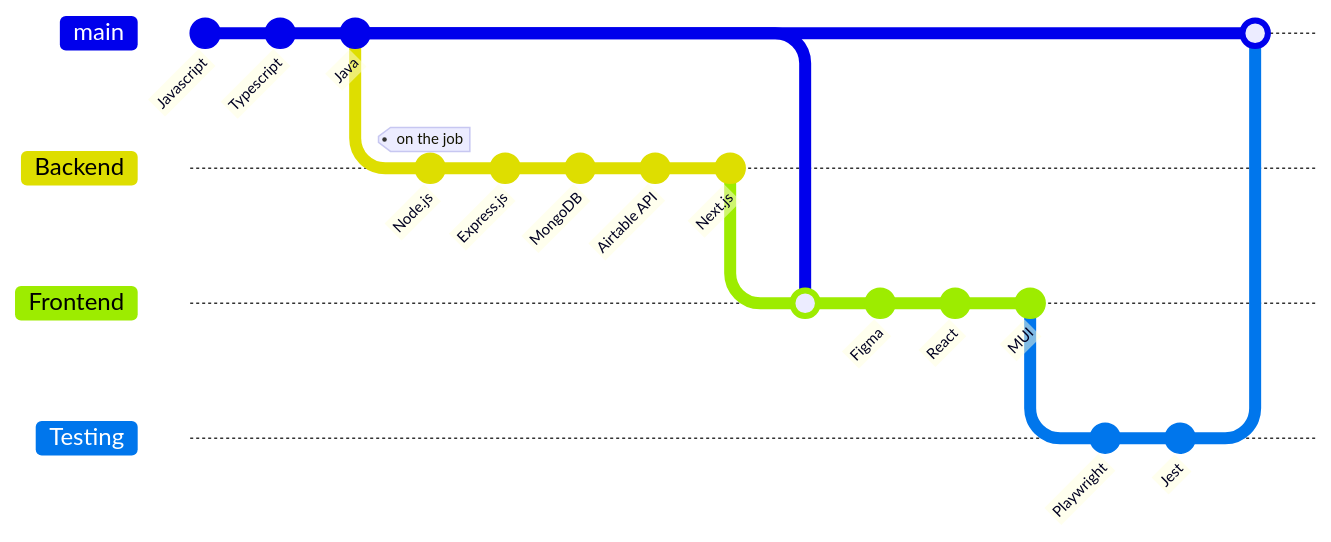
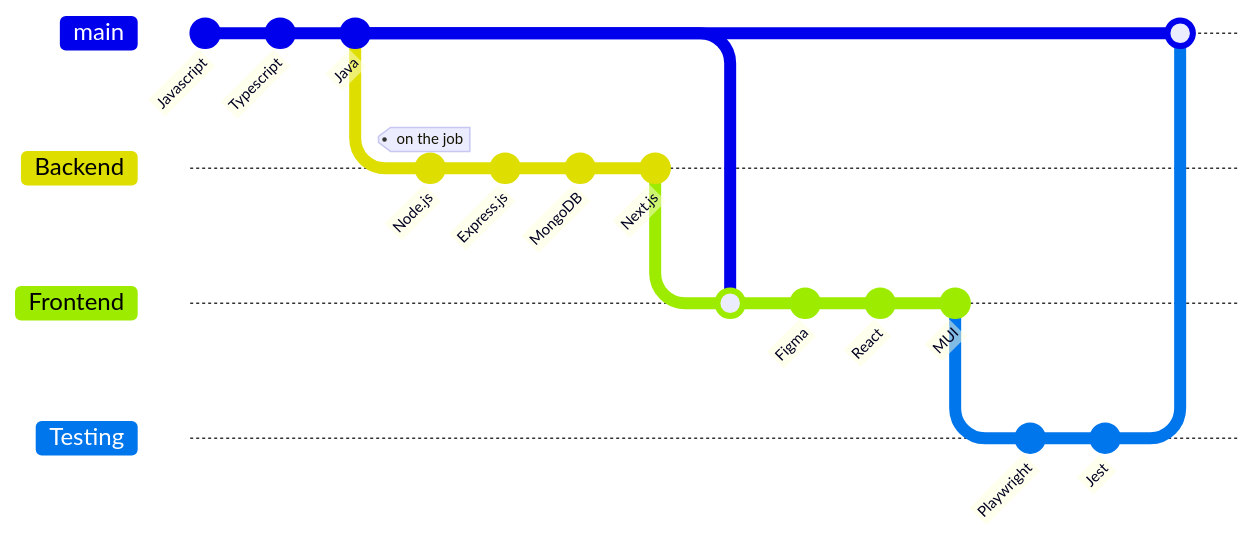
Before and after one commit to alejandroo-pc/alejandroo-pc: the diagram in README.md, drawn with Mermaid.

````diff
--- a/README.md
+++ b/README.md
@@ -11,23 +11,22 @@
 ``` mermaid
 gitGraph
    commit id: "Javascript"
    commit id: "Typescript"
    commit id: "Java"
    branch Backend
    checkout Backend
    commit id: "Node.js" tag: "on the job"
    commit id: "Express.js"
    commit id: "MongoDB"
-   commit id: "Airtable API"
    commit id: "Next.js"
    branch Frontend
    merge main
    commit id: "Figma"
    commit id: "React"
    commit id: "MUI"
    branch Testing
    commit id: "Playwright"
    commit id: "Jest"
    checkout main
    merge Testing
 ```
````
